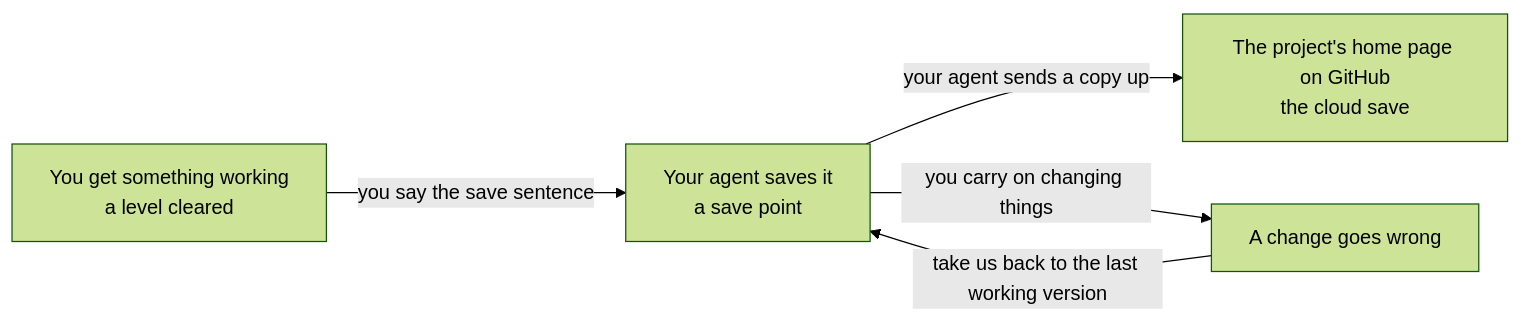
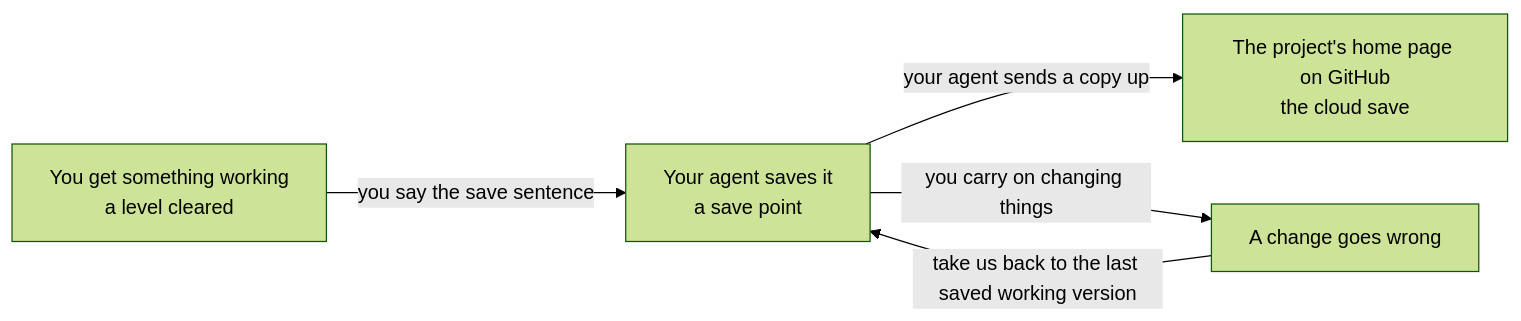
One commit to Khrafts/ship-your-first-thing changed the diagram in modules/02-toolchain/03-the-save-system.md. Above: the diagram before and after it, drawn with Mermaid (forest theme). The commit also changed other lines of this file and 3 other files, not shown here.

````diff
--- a/modules/02-toolchain/03-the-save-system.md
+++ b/modules/02-toolchain/03-the-save-system.md
@@ -43,11 +43,11 @@
 ```mermaid
 flowchart LR
   Level["You get something working<br/>a level cleared"]
   Save["Your agent saves it<br/>a save point"]
   Home["The project's home page on GitHub<br/>the cloud save"]
   Bad["A change goes wrong"]
   Level -->|you say the save sentence| Save
   Save -->|your agent sends a copy up| Home
   Save -->|you carry on changing things| Bad
-  Bad -->|take us back to the last working version| Save
+  Bad -->|take us back to the last saved working version| Save
 ```
````
